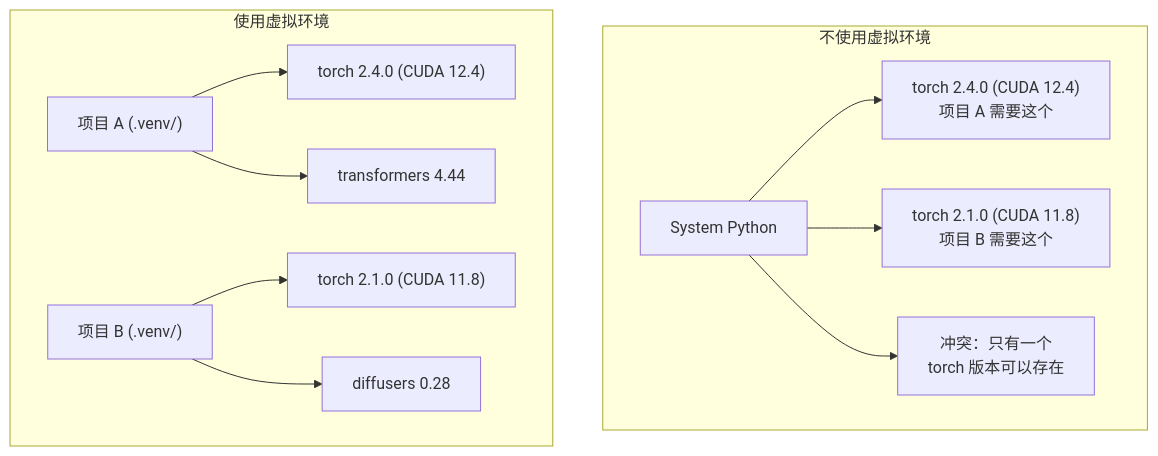
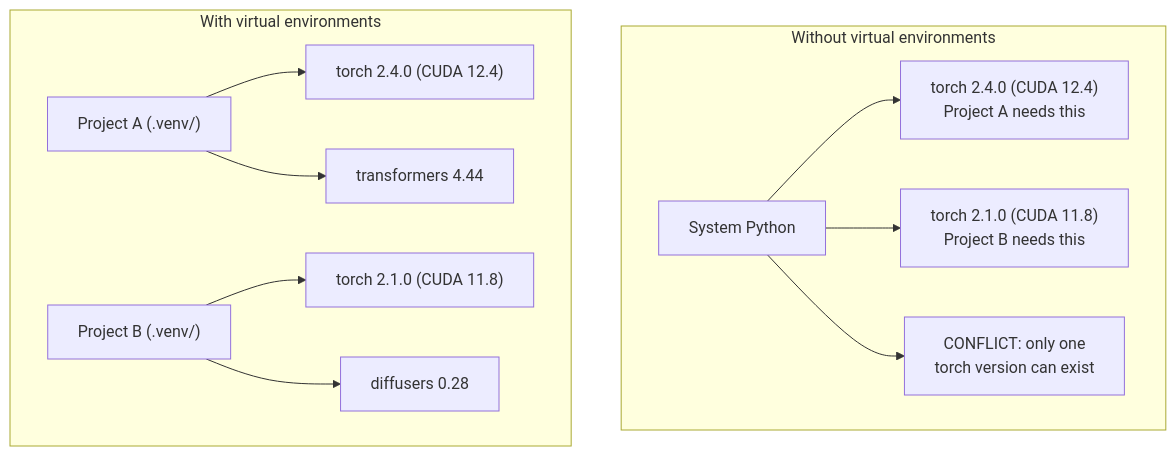
One commit to xiaojiaenen/ai-engineering-from-scratch-zh changed the diagram in i18n/zh/phases/00-setup-and-tooling/06-python-environments/docs/zh.md. Above: the diagram before and after it, drawn with Mermaid. The commit also changed other lines of this file and 12 other files, not shown here.

````diff
--- a/i18n/zh/phases/00-setup-and-tooling/06-python-environments/docs/zh.md
+++ b/i18n/zh/phases/00-setup-and-tooling/06-python-environments/docs/zh.md
@@ -32,15 +32,15 @@
 ```mermaid
 graph TD
-    subgraph without["不使用虚拟环境"]
-        SP[System Python] --> T24["torch 2.4.0 (CUDA 12.4)\n项目 A 需要这个"]
-        SP --> T21["torch 2.1.0 (CUDA 11.8)\n项目 B 需要这个"]
-        SP --> CONFLICT["冲突：只有一个\ntorch 版本可以存在"]
+    subgraph without["Without virtual environments"]
+        SP[System Python] --> T24["torch 2.4.0 (CUDA 12.4)\nProject A needs this"]
+        SP --> T21["torch 2.1.0 (CUDA 11.8)\nProject B needs this"]
+        SP --> CONFLICT["CONFLICT: only one\ntorch version can exist"]
     end
 
-    subgraph with["使用虚拟环境"]
-        PA["项目 A (.venv/)"] --> PA1["torch 2.4.0 (CUDA 12.4)"]
+    subgraph with["With virtual environments"]
+        PA["Project A (.venv/)"] --> PA1["torch 2.4.0 (CUDA 12.4)"]
         PA --> PA2["transformers 4.44"]
-        PB["项目 B (.venv/)"] --> PB1["torch 2.1.0 (CUDA 11.8)"]
+        PB["Project B (.venv/)"] --> PB1["torch 2.1.0 (CUDA 11.8)"]
         PB --> PB2["diffusers 0.28"]
     end
 ```
````
